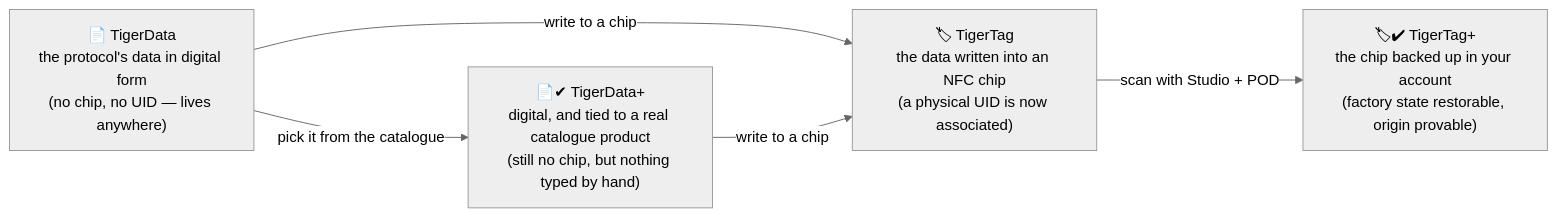
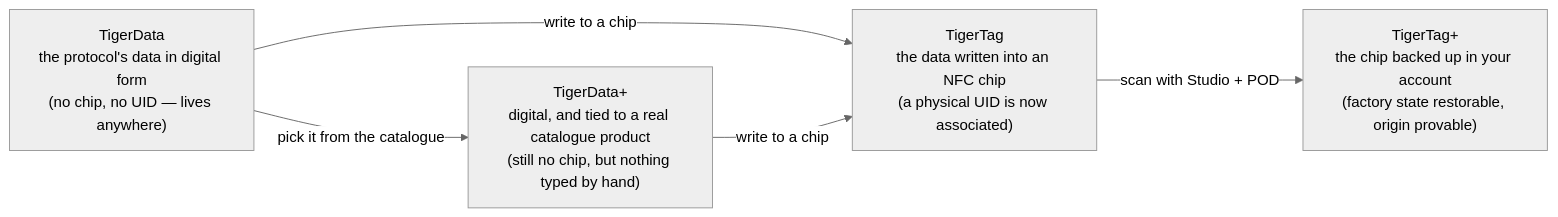
Before and after one commit to TigerTag-Project/TigerSystem-Docs: the diagram in docs/concepts/universal-filament-identity.md, drawn with Mermaid (neutral theme). The commit also changed other lines of this file and 56 other files, not shown here.

````diff
--- a/docs/concepts/universal-filament-identity.md
+++ b/docs/concepts/universal-filament-identity.md
@@ -36,10 +36,10 @@
 ```mermaid
 flowchart LR
-    TD["📄 TigerData<br/>the protocol's data in digital form<br/>(no chip, no UID — lives anywhere)"]
-    TDP["📄✔ TigerData+<br/>digital, and tied to a real catalogue product<br/>(still no chip, but nothing typed by hand)"]
-    TT["🏷 TigerTag<br/>the data written into an NFC chip<br/>(a physical UID is now associated)"]
-    TTP["🏷✔ TigerTag+<br/>the chip backed up in your account<br/>(factory state restorable, origin provable)"]
-    TD -- "pick it from the catalogue" --> TDP
-    TD -- "write to a chip" --> TT -- "scan with Studio + POD" --> TTP
-    TDP -- "write to a chip" --> TT
+  TD["TigerData<br/>the protocol's data in digital form<br/>(no chip, no UID — lives anywhere)"]
+  TDP["TigerData+<br/>digital, and tied to a real catalogue product<br/>(still no chip, but nothing typed by hand)"]
+  TT["TigerTag<br/>the data written into an NFC chip<br/>(a physical UID is now associated)"]
+  TTP["TigerTag+<br/>the chip backed up in your account<br/>(factory state restorable, origin provable)"]
+  TD -- "pick it from the catalogue" --> TDP
+  TD -- "write to a chip" --> TT -- "scan with Studio + POD" --> TTP
+  TDP -- "write to a chip" --> TT
 ```
````
